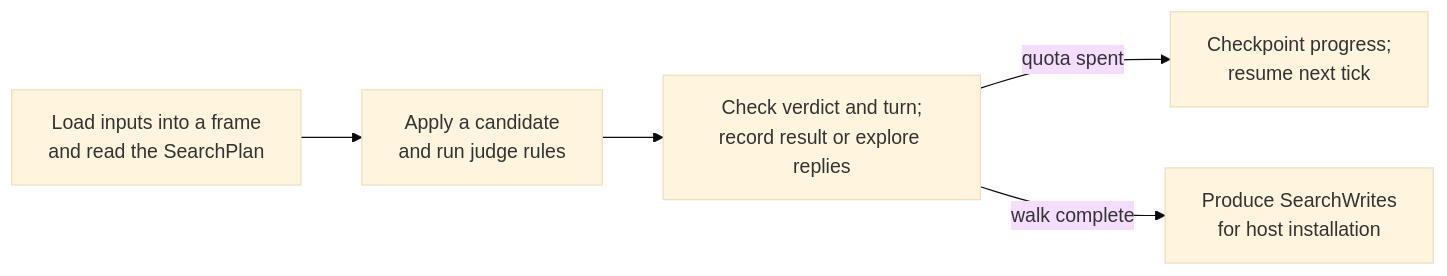
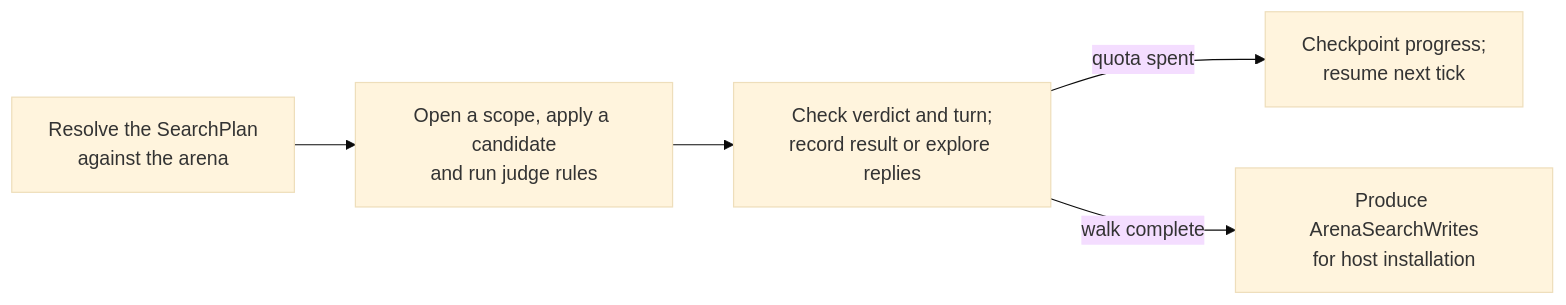
The diagram in docs/reference/state/search.md (ByteTerrace/Puck), drawn with Mermaid (base theme) before and after one commit. The commit also changed other lines of this file and 1500 other files, not shown here.

````diff
--- a/docs/reference/state/search.md
+++ b/docs/reference/state/search.md
@@ -10,7 +10,7 @@
 ```mermaid
 flowchart LR
-    Base["Load inputs into a frame<br/>and read the SearchPlan"] --> Candidate["Apply a candidate<br/>and run judge rules"]
+    Base["Resolve the SearchPlan<br/>against the arena"] --> Candidate["Open a scope, apply a candidate<br/>and run judge rules"]
     Candidate --> Result["Check verdict and turn;<br/>record result or explore replies"]
     Result -- "quota spent" --> Resume["Checkpoint progress;<br/>resume next tick"]
-    Result -- "walk complete" --> Writes["Produce SearchWrites<br/>for host installation"]
+    Result -- "walk complete" --> Writes["Produce ArenaSearchWrites<br/>for host installation"]
 ```
````
